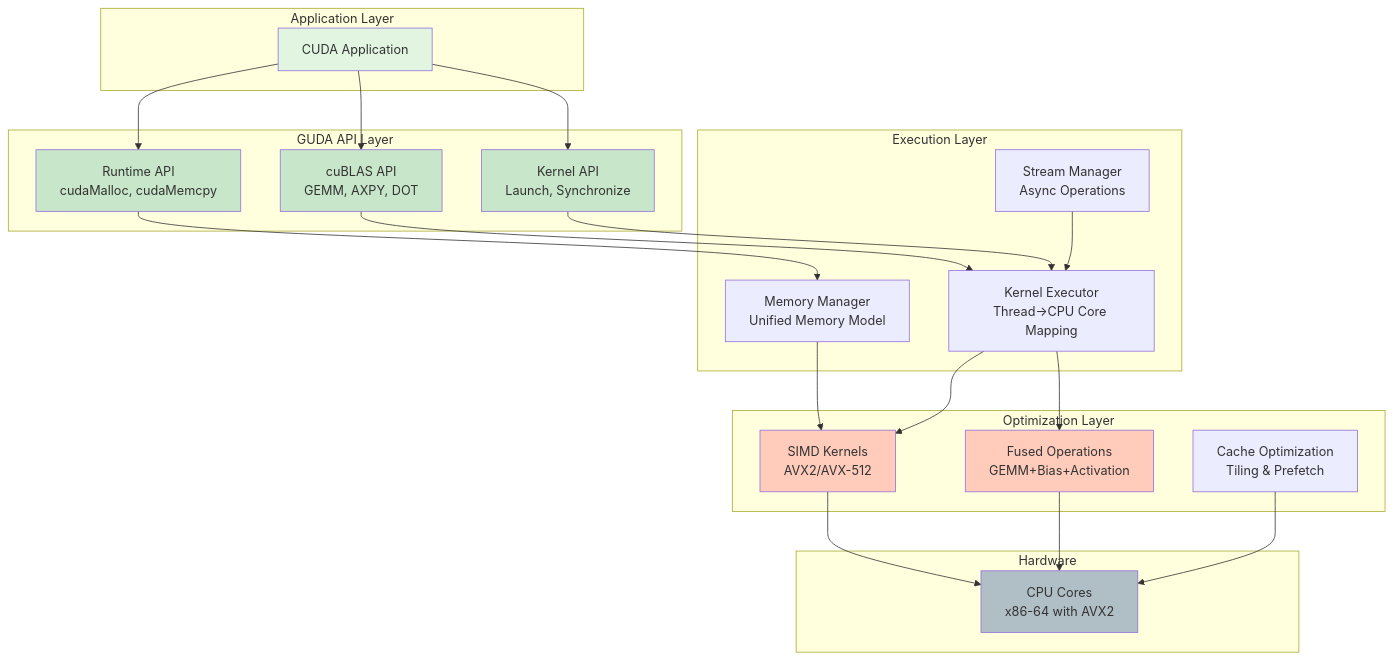
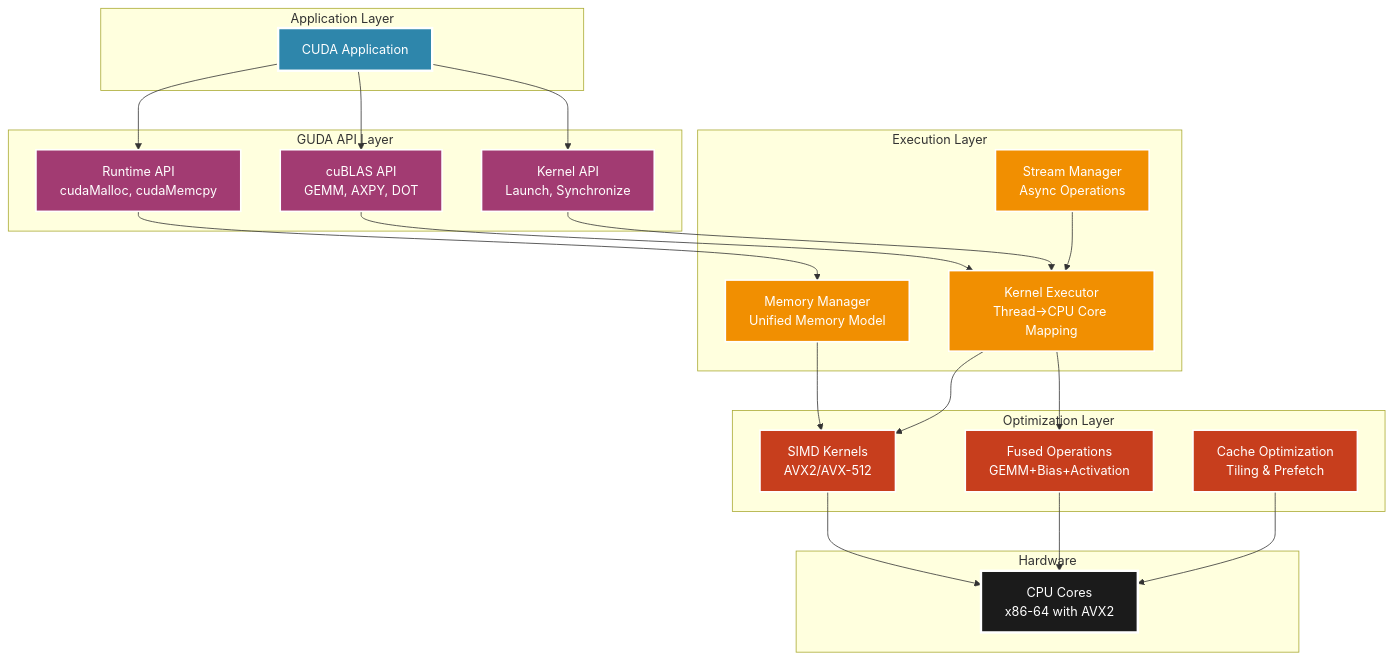
One commit to LynnColeArt/guda changed the first of 3 diagrams in README.md. Above: the diagram before and after it, drawn with Mermaid. The commit also changed other lines of this file and 3992 other files, not shown here.

First line of the commit message:
Improve Mermaid chart accessibility with high-contrast colors

````diff
--- a/README.md
+++ b/README.md
@@ -77,53 +77,58 @@
 ```mermaid
 graph TB
     subgraph "Application Layer"
         APP[CUDA Application]
     end
     
     subgraph "GUDA API Layer"
         RT[Runtime API<br/>cudaMalloc, cudaMemcpy]
         BLAS[cuBLAS API<br/>GEMM, AXPY, DOT]
         KERNEL[Kernel API<br/>Launch, Synchronize]
     end
     
     subgraph "Execution Layer"
         MEM[Memory Manager<br/>Unified Memory Model]
         EXEC[Kernel Executor<br/>Thread→CPU Core Mapping]
         STREAM[Stream Manager<br/>Async Operations]
     end
     
     subgraph "Optimization Layer"
         SIMD[SIMD Kernels<br/>AVX2/AVX-512]
         FUSED[Fused Operations<br/>GEMM+Bias+Activation]
         CACHE[Cache Optimization<br/>Tiling & Prefetch]
     end
     
     subgraph "Hardware"
         CPU[CPU Cores<br/>x86-64 with AVX2]
     end
     
     APP --> RT
     APP --> BLAS
     APP --> KERNEL
     
     RT --> MEM
     BLAS --> EXEC
     KERNEL --> EXEC
     
     MEM --> SIMD
     EXEC --> SIMD
     EXEC --> FUSED
     STREAM --> EXEC
     
     SIMD --> CPU
     FUSED --> CPU
     CACHE --> CPU
     
-    style APP fill:#e1f5e1
-    style RT fill:#c8e6c9
-    style BLAS fill:#c8e6c9
-    style KERNEL fill:#c8e6c9
-    style SIMD fill:#ffccbc
-    style FUSED fill:#ffccbc
-    style CPU fill:#b0bec5
+    %% High contrast styling for accessibility
+    classDef appLayer fill:#2E86AB,stroke:#ffffff,stroke-width:3px,color:#ffffff
+    classDef apiLayer fill:#A23B72,stroke:#ffffff,stroke-width:2px,color:#ffffff
+    classDef execLayer fill:#F18F01,stroke:#ffffff,stroke-width:2px,color:#ffffff
+    classDef optLayer fill:#C73E1D,stroke:#ffffff,stroke-width:2px,color:#ffffff
+    classDef hwLayer fill:#1B1B1B,stroke:#ffffff,stroke-width:3px,color:#ffffff
+    
+    class APP appLayer
+    class RT,BLAS,KERNEL apiLayer
+    class MEM,EXEC,STREAM execLayer
+    class SIMD,FUSED,CACHE optLayer
+    class CPU hwLayer
 ```
````
